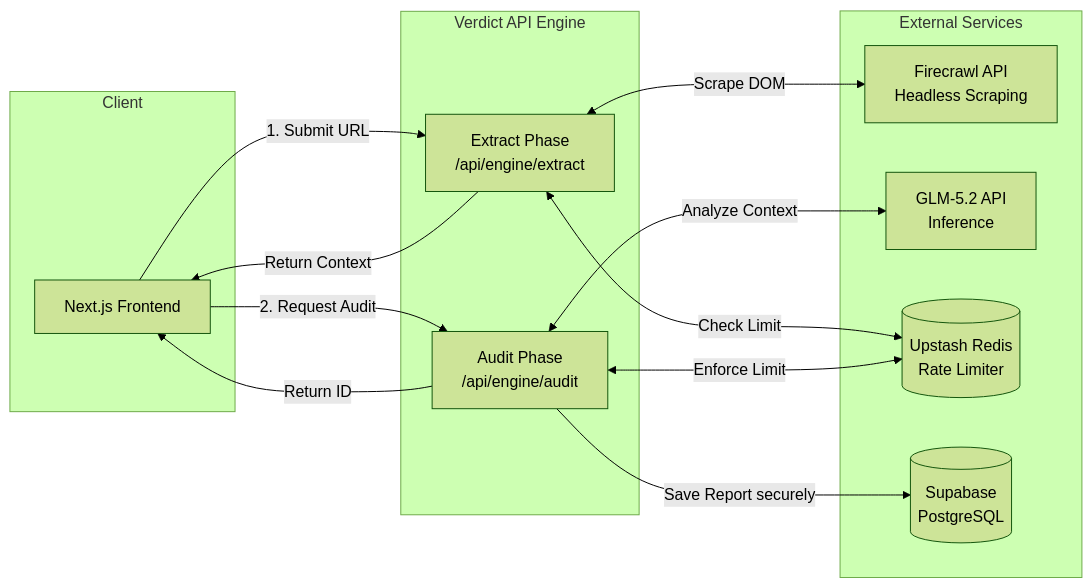
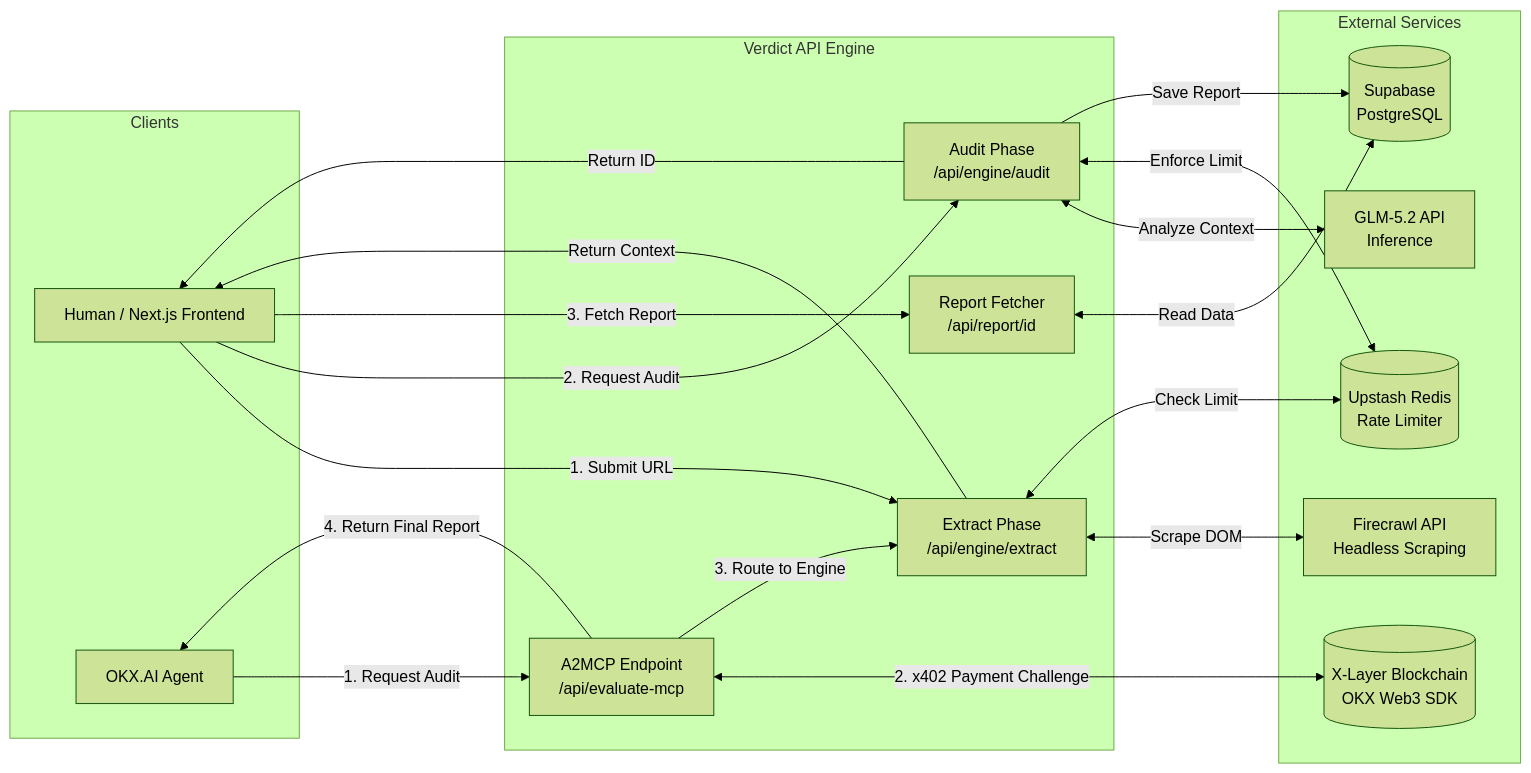
The diagram in README.md (eugenennamdi/verdict), drawn with Mermaid (forest theme) before and after one commit. The commit also changed other lines of this file, not shown here.

````diff
--- a/README.md
+++ b/README.md
@@ -63,29 +63,44 @@
 ```mermaid
 flowchart LR
-  subgraph Client
-    A[Next.js Frontend]
+  subgraph Clients
+    A[Human / Next.js Frontend]
+    Agent[OKX.AI Agent]
   end
 
   subgraph Verdict API Engine
+    H[A2MCP Endpoint<br/>/api/evaluate-mcp]
     B[Extract Phase<br/>/api/engine/extract]
     C[Audit Phase<br/>/api/engine/audit]
+    I[Report Fetcher<br/>/api/report/id]
   end
 
   subgraph External Services
     D[Firecrawl API<br/>Headless Scraping]
     E[GLM-5.2 API<br/>Inference]
     F[(Upstash Redis<br/>Rate Limiter)]
     G[(Supabase<br/>PostgreSQL)]
+    J[(X-Layer Blockchain<br/>OKX Web3 SDK)]
   end
 
+  %% Agent Flow (A2MCP)
+  Agent -->|1. Request Audit| H
+  H <-->|2. x402 Payment Challenge| J
+  H -->|3. Route to Engine| B
+  H -->|4. Return Final Report| Agent
+
+  %% Human Flow
   A -->|1. Submit URL| B
+  A -->|2. Request Audit| C
+  A -->|3. Fetch Report| I
+  
+  %% Internal Data Flow
+  I <-->|Read Data| G
   B <-->|Scrape DOM| D
   B <-->|Check Limit| F
   B -->|Return Context| A
   
-  A -->|2. Request Audit| C
   C <-->|Analyze Context| E
   C <-->|Enforce Limit| F
-  C -->|Save Report securely| G
+  C -->|Save Report| G
   C -->|Return ID| A
 ```
````
